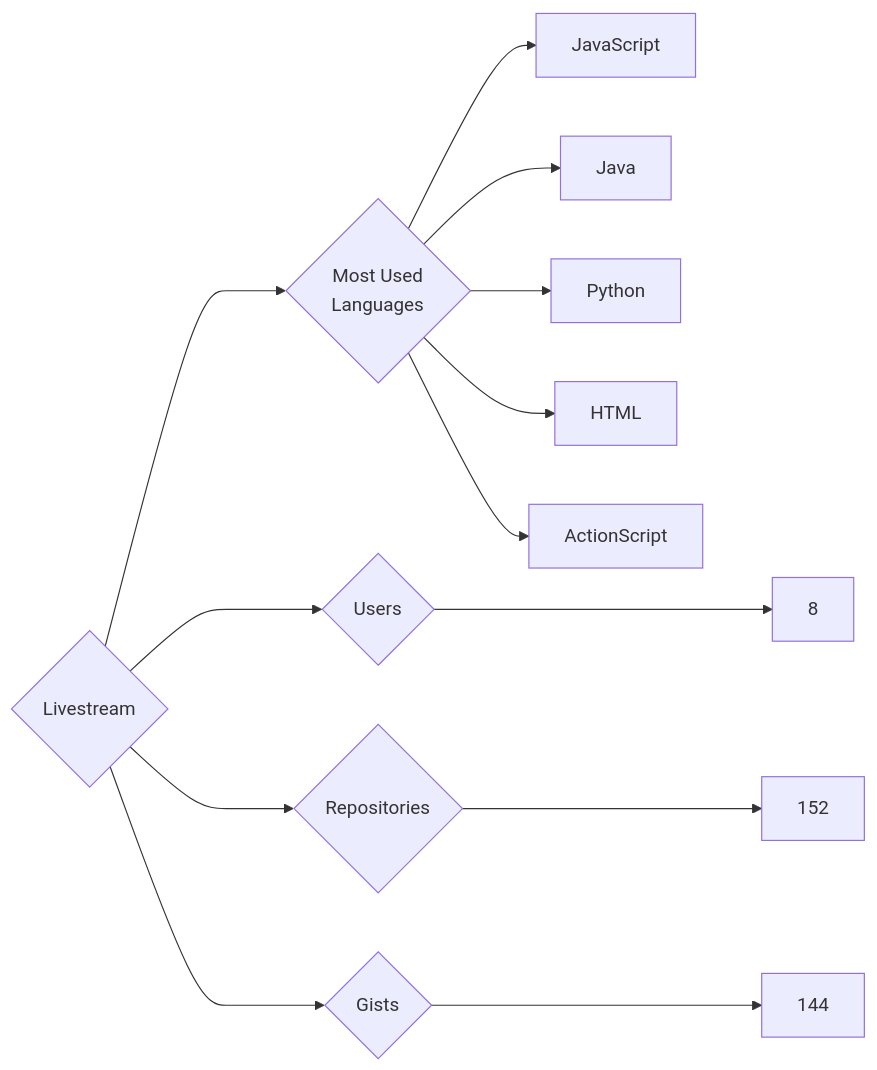
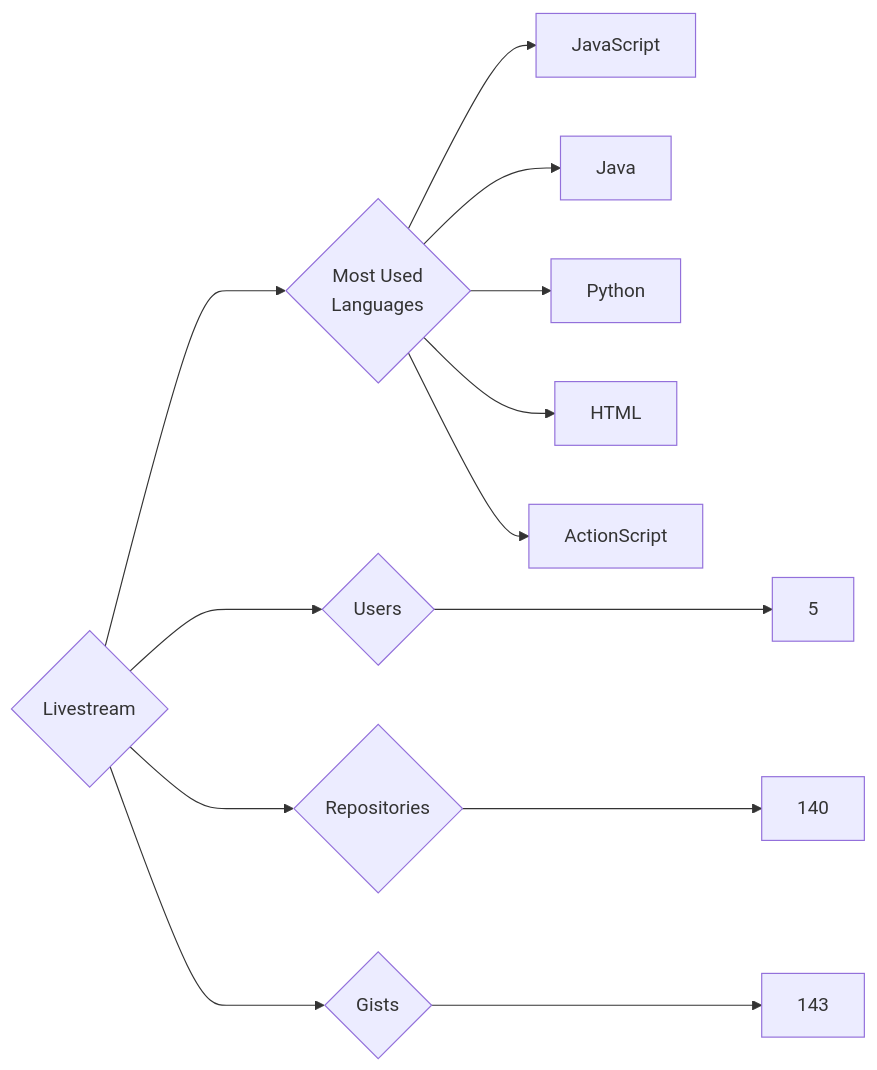
The diagram in targets/Livestream/README.md (trickest/insiders), drawn with Mermaid before and after one commit. The commit also changed 1508 other files, not shown here.

````diff
--- a/targets/Livestream/README.md
+++ b/targets/Livestream/README.md
@@ -3,13 +3,13 @@
 ```mermaid
 graph LR
 COMPANY_NAME{Livestream}
-COMPANY_NAME ---> U{Users} ---> UN[8]
-COMPANY_NAME ---> R{Repositories} ---> RN[152]
-COMPANY_NAME ---> G{Gists} ---> GN[144]
+COMPANY_NAME ---> U{Users} ---> UN[5]
+COMPANY_NAME ---> R{Repositories} ---> RN[140]
+COMPANY_NAME ---> G{Gists} ---> GN[143]
 COMPANY_NAME ---> ML{Most Used<br>Languages}
 ML --> JavaScript[JavaScript]
 ML --> Java[Java]
 ML --> Python[Python]
 ML --> HTML[HTML]
 ML --> ActionScript[ActionScript]
 ```
````
